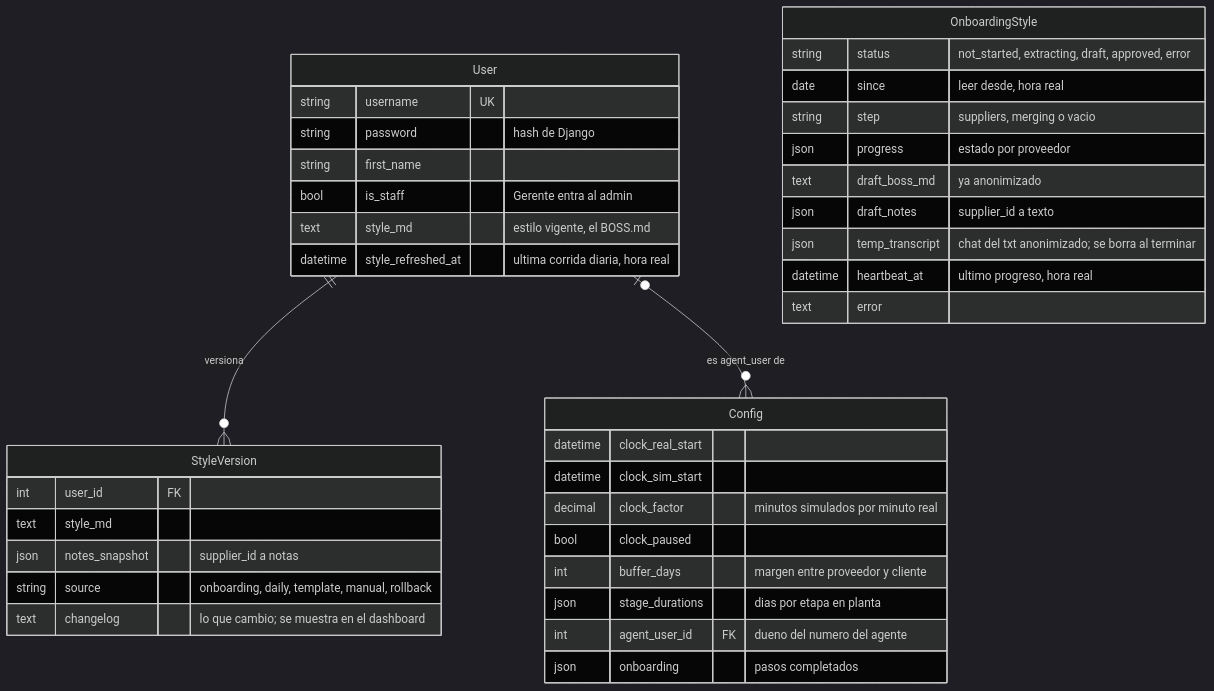
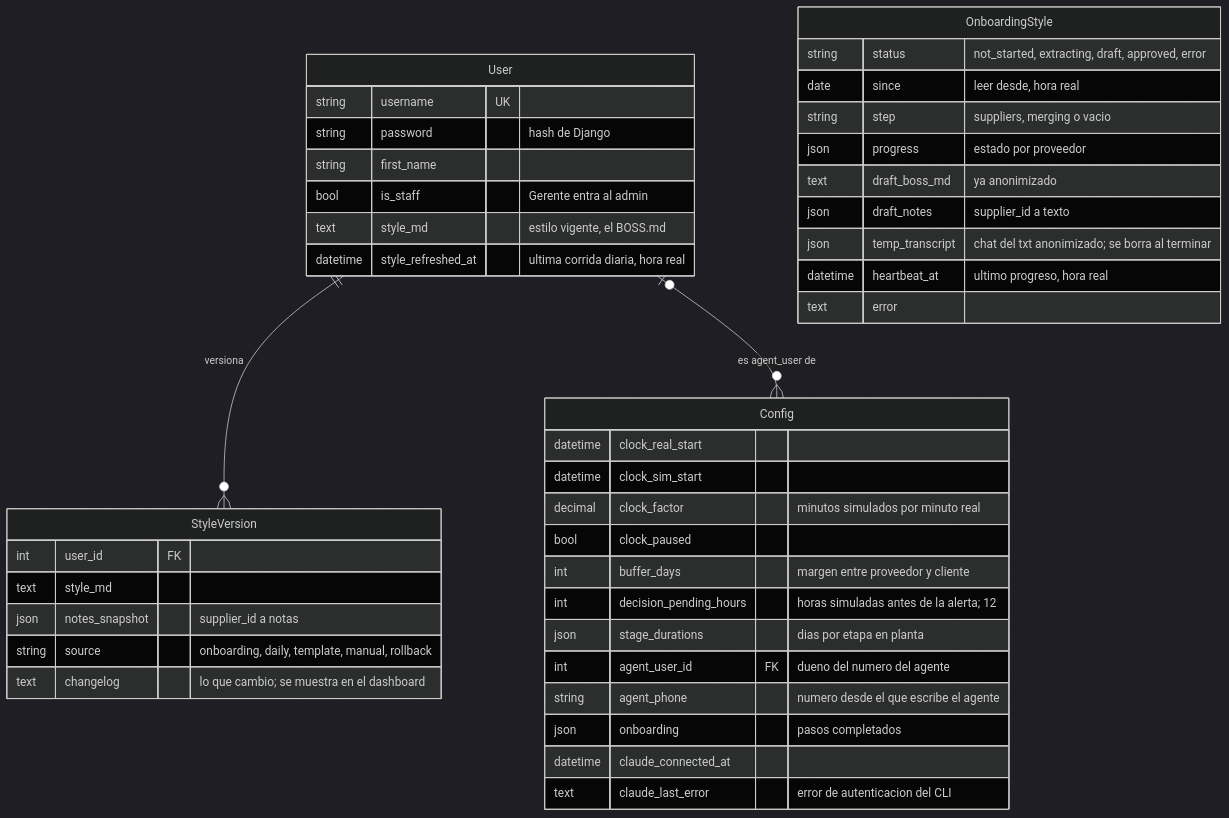
One commit to oscargicast/corpotex changed the sixth of 11 diagrams in docs/backend/modelo-de-datos.md. Above: the diagram before and after it, drawn with Mermaid (dark theme). The commit also changed other lines of this file and 45 other files, not shown here.

````diff
--- a/docs/backend/modelo-de-datos.md
+++ b/docs/backend/modelo-de-datos.md
@@ -682,42 +684,46 @@
 ```mermaid
 erDiagram
     User ||--o{ StyleVersion : "versiona"
     User |o--o{ Config : "es agent_user de"
 
     User {
         string username UK
         string password "hash de Django"
         string first_name
         bool is_staff "Gerente entra al admin"
         text style_md "estilo vigente, el BOSS.md"
         datetime style_refreshed_at "ultima corrida diaria, hora real"
     }
     StyleVersion {
         int user_id FK
         text style_md
         json notes_snapshot "supplier_id a notas"
         string source "onboarding, daily, template, manual, rollback"
         text changelog "lo que cambio; se muestra en el dashboard"
     }
     Config {
         datetime clock_real_start
         datetime clock_sim_start
         decimal clock_factor "minutos simulados por minuto real"
         bool clock_paused
         int buffer_days "margen entre proveedor y cliente"
+        int decision_pending_hours "horas simuladas antes de la alerta; 12"
         json stage_durations "dias por etapa en planta"
         int agent_user_id FK "dueno del numero del agente"
+        string agent_phone "numero desde el que escribe el agente"
         json onboarding "pasos completados"
+        datetime claude_connected_at
+        text claude_last_error "error de autenticacion del CLI"
     }
     OnboardingStyle {
         string status "not_started, extracting, draft, approved, error"
         date since "leer desde, hora real"
         string step "suppliers, merging o vacio"
         json progress "estado por proveedor"
         text draft_boss_md "ya anonimizado"
         json draft_notes "supplier_id a texto"
         json temp_transcript "chat del txt anonimizado; se borra al terminar"
         datetime heartbeat_at "ultimo progreso, hora real"
         text error
     }
 ```
````
